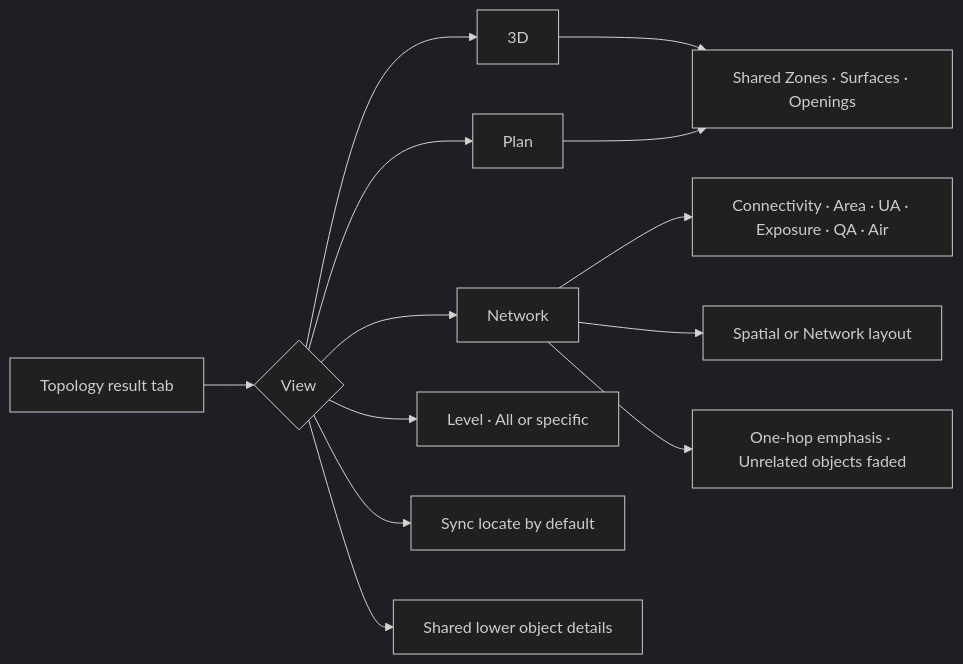
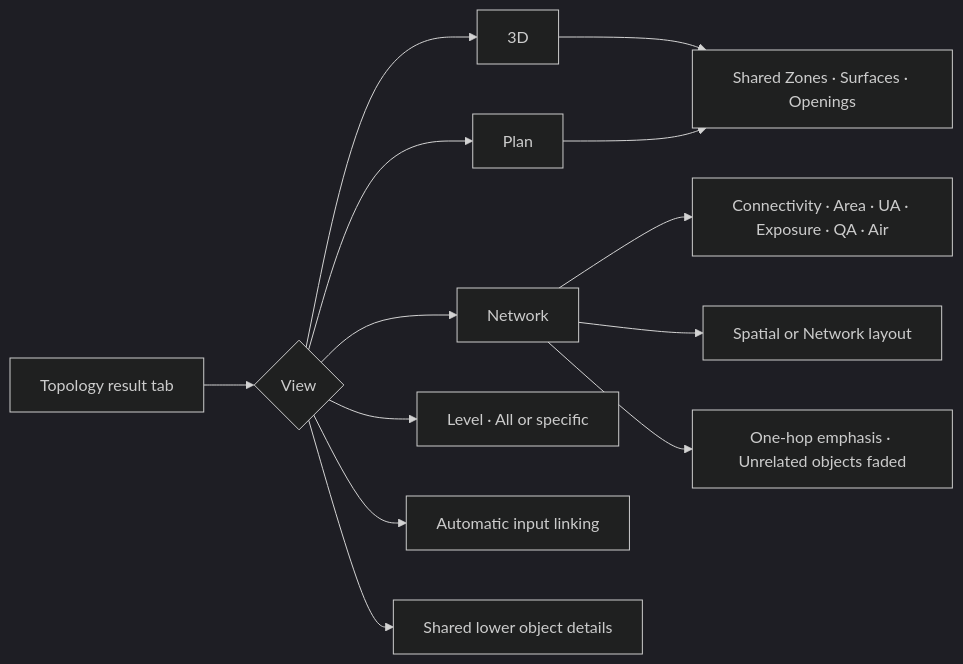
Before and after one commit to Gonie-Gonie/semantic-idf: the diagram in docs/topology-view.md, drawn with Mermaid (dark theme). The commit also changed other lines of this file and 23 other files, not shown here.

````diff
--- a/docs/topology-view.md
+++ b/docs/topology-view.md
@@ -11,15 +11,15 @@
 ```mermaid
 flowchart LR
   T[Topology result tab] --> V{View}
   V --> D[3D]
   V --> P[Plan]
   V --> N[Network]
   V --> L[Level · All or specific]
-  V --> C[Sync locate by default]
+  V --> C[Automatic input linking]
   D --> S[Shared Zones · Surfaces · Openings]
   P --> S
   N --> M[Connectivity · Area · UA · Exposure · QA · Air]
   N --> A[Spatial or Network layout]
   N --> F[One-hop emphasis · Unrelated objects faded]
   V --> I[Shared lower object details]
 ```
````
